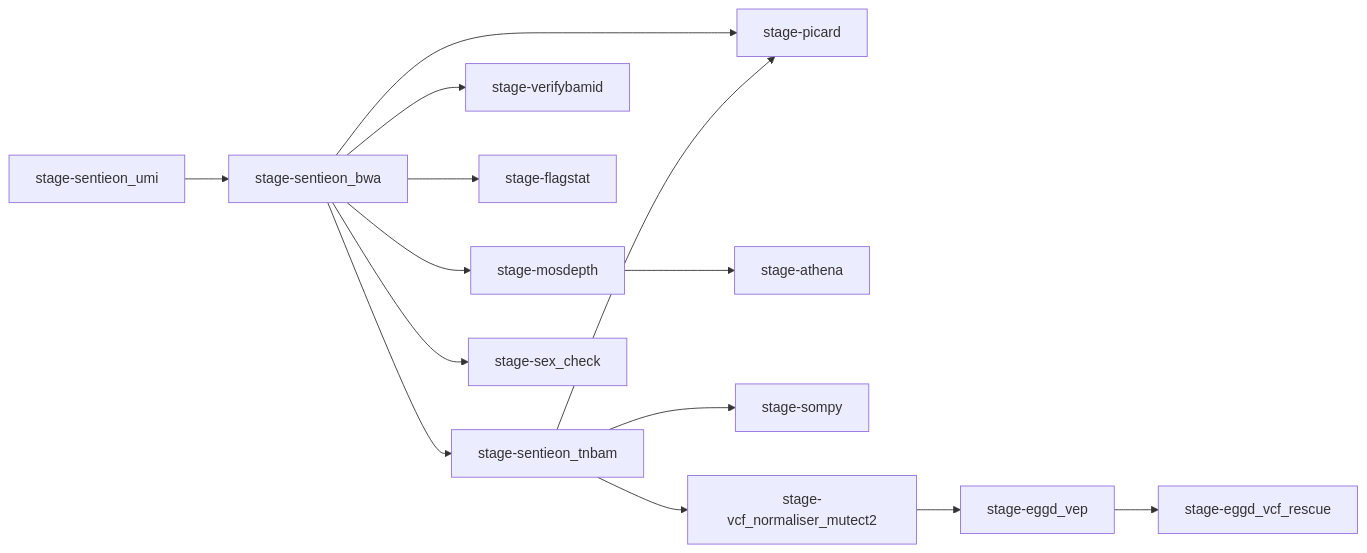
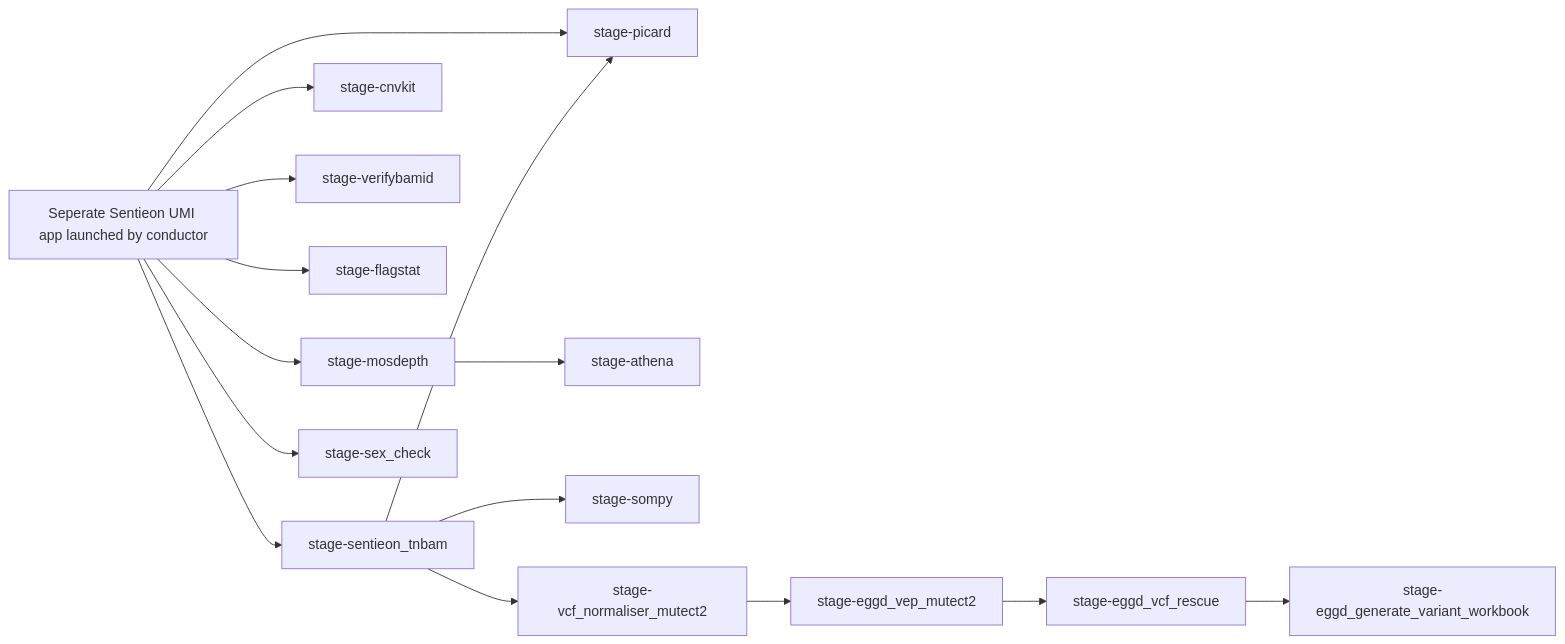
The diagram in README.md (eastgenomics/eggd_atlas_main_workflow), drawn with Mermaid before and after one commit. The commit also changed other lines of this file and 2 other files, not shown here.

Commit message:
rm alignment step to process separately and rm'd dynamic stage inputs to be replaced in conductor config.

````diff
--- a/README.md
+++ b/README.md
@@ -26,35 +25,39 @@
 ```mermaid
 graph LR
-  S_BWA["stage-sentieon_bwa"]
-  S_UMI["stage-sentieon_umi"]
+  S_UMI["Seperate Sentieon UMI app launched by conductor"]
   S_TNBAM["stage-sentieon_tnbam"]
+  CNV["stage-cnvkit"]
   VERIFY["stage-verifybamid"]
   PICARD["stage-picard"]
   FLAG["stage-flagstat"]
   MOS["stage-mosdepth"]
   ATH["stage-athena"]
   SEX["stage-sex_check"]
   SOMPY["stage-sompy"]
   VN_MUT["stage-vcf_normaliser_mutect2"]
-  VEP_MUT["stage-eggd_vep"]
+  VEP_MUT["stage-eggd_vep_mutect2"]
   RESCUE["stage-eggd_vcf_rescue"]
+  GENWB["stage-eggd_generate_variant_workbook"]
 
   %% Primary data flow edges (from JSON links)
-  S_BWA --> S_TNBAM
-  S_UMI --> S_BWA
-  S_BWA --> VERIFY
-  S_BWA --> PICARD
+  S_UMI --> S_TNBAM
+  S_UMI --> CNV
+  S_UMI --> VERIFY
+  S_UMI --> PICARD
   S_TNBAM --> PICARD
-  S_BWA --> FLAG
-  S_BWA --> MOS
+  S_UMI --> FLAG
+  S_UMI --> MOS
   MOS --> ATH
-  S_BWA --> SEX
+  S_UMI --> SEX
   S_TNBAM --> SOMPY
 
   %% VCF normalization / annotation flow
   S_TNBAM --> VN_MUT
   VN_MUT --> VEP_MUT
   VEP_MUT --> RESCUE
+  RESCUE --> GENWB
 
+  %% Independent/standalone nodes
+  CNV
 
 ```
````
